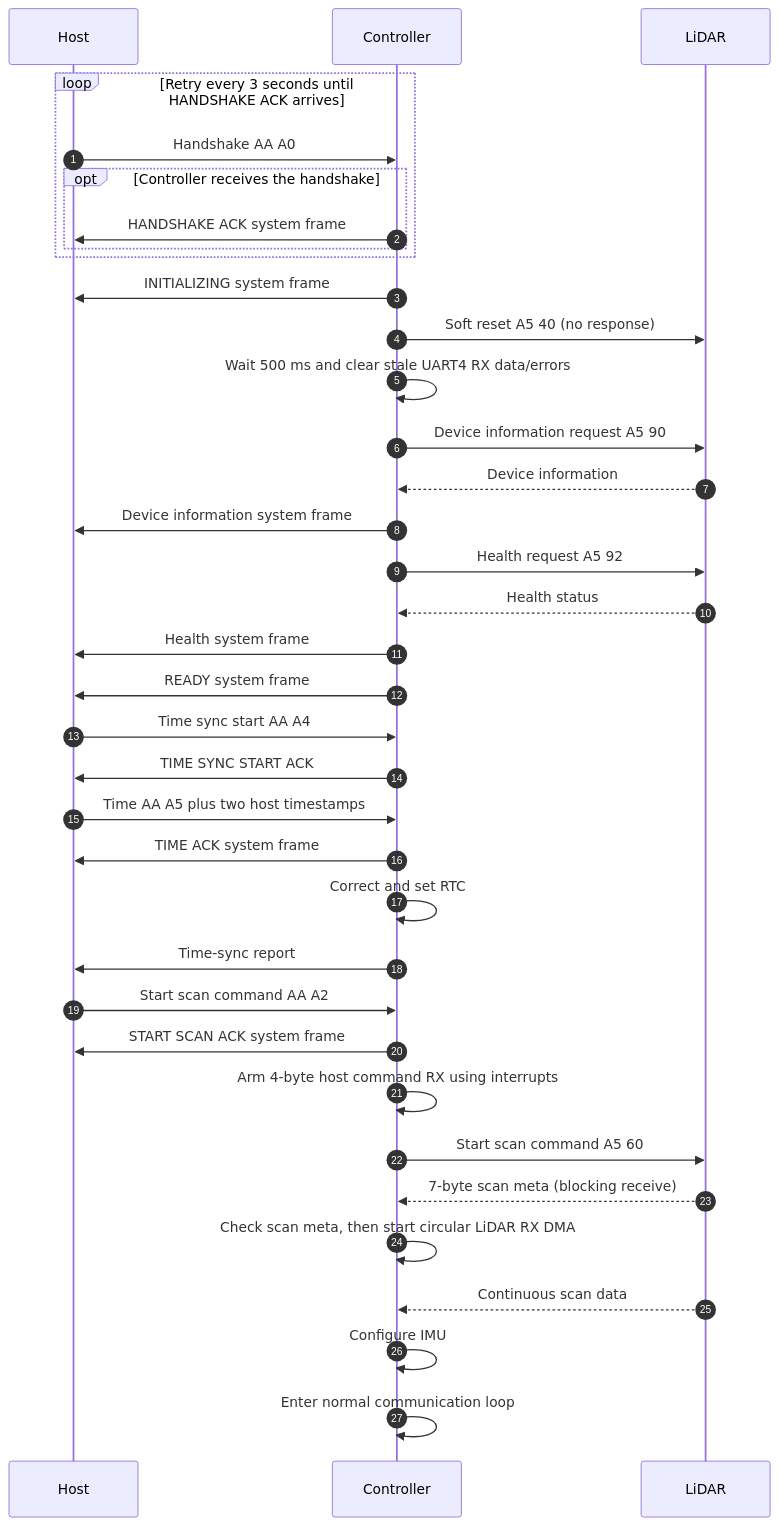
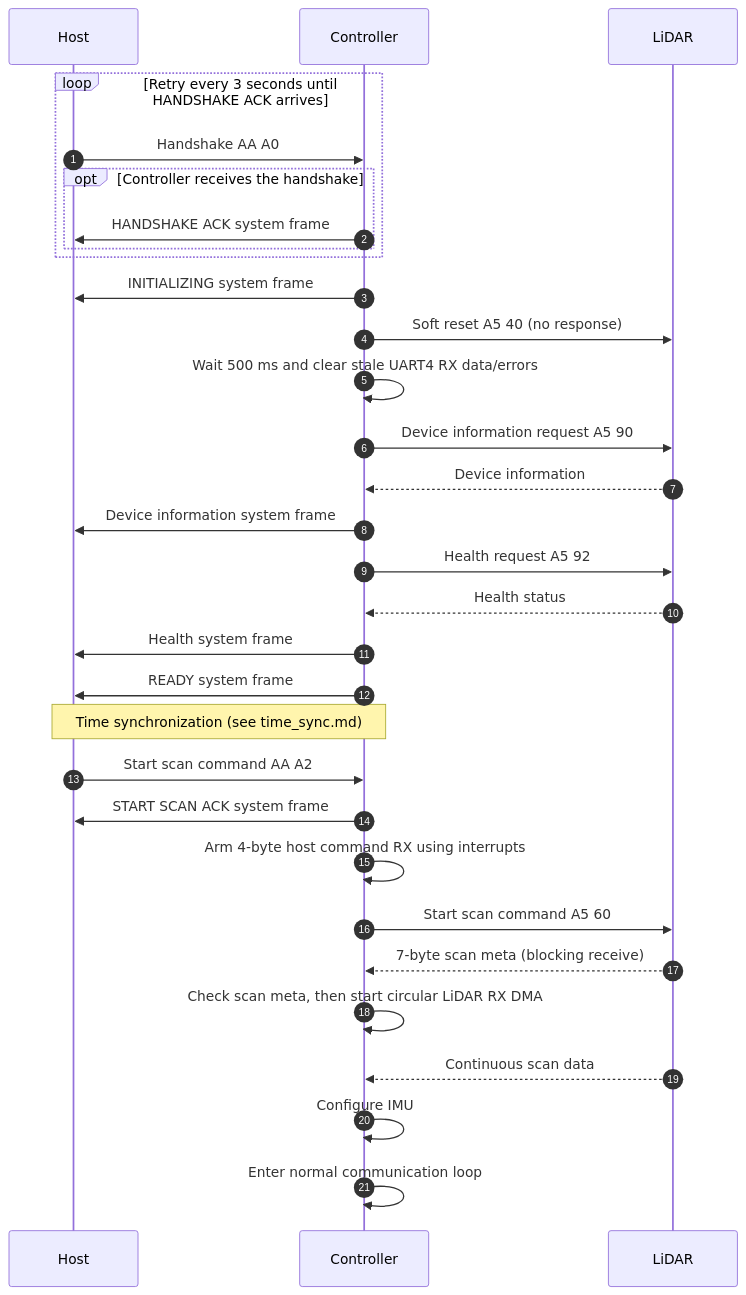
Before and after one commit to kei185/sensor-echo: the first of 4 diagrams in docs/frame.md, drawn with Mermaid. The commit also changed other lines of this file and 7 other files, not shown here.

````diff
--- a/docs/frame.md
+++ b/docs/frame.md
@@ -13,39 +13,34 @@
 ```mermaid
 sequenceDiagram
     autonumber
     participant Host
     participant Controller
     participant LiDAR
 
     loop Retry every 3 seconds until HANDSHAKE ACK arrives
         Host->>Controller: Handshake AA A0
         opt Controller receives the handshake
             Controller->>Host: HANDSHAKE ACK system frame
         end
     end
     Controller->>Host: INITIALIZING system frame
     Controller->>LiDAR: Soft reset A5 40 (no response)
     Controller->>Controller: Wait 500 ms and clear stale UART4 RX data/errors
     Controller->>LiDAR: Device information request A5 90
     LiDAR-->>Controller: Device information
     Controller->>Host: Device information system frame
     Controller->>LiDAR: Health request A5 92
     LiDAR-->>Controller: Health status
     Controller->>Host: Health system frame
     Controller->>Host: READY system frame
-    Host->>Controller: Time sync start AA A4
-    Controller->>Host: TIME SYNC START ACK
-    Host->>Controller: Time AA A5 plus two host timestamps
-    Controller->>Host: TIME ACK system frame
-    Controller->>Controller: Correct and set RTC
-    Controller->>Host: Time-sync report
+    Note over Host,Controller: Time synchronization (see time_sync.md)
     Host->>Controller: Start scan command AA A2
     Controller->>Host: START SCAN ACK system frame
     Controller->>Controller: Arm 4-byte host command RX using interrupts
     Controller->>LiDAR: Start scan command A5 60
     LiDAR-->>Controller: 7-byte scan meta (blocking receive)
     Controller->>Controller: Check scan meta, then start circular LiDAR RX DMA
     LiDAR-->>Controller: Continuous scan data
     Controller->>Controller: Configure IMU
     Controller->>Controller: Enter normal communication loop
 ```
````
